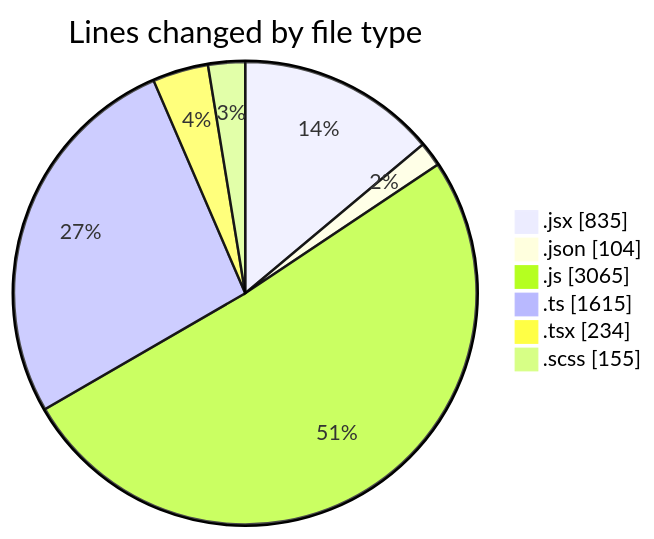
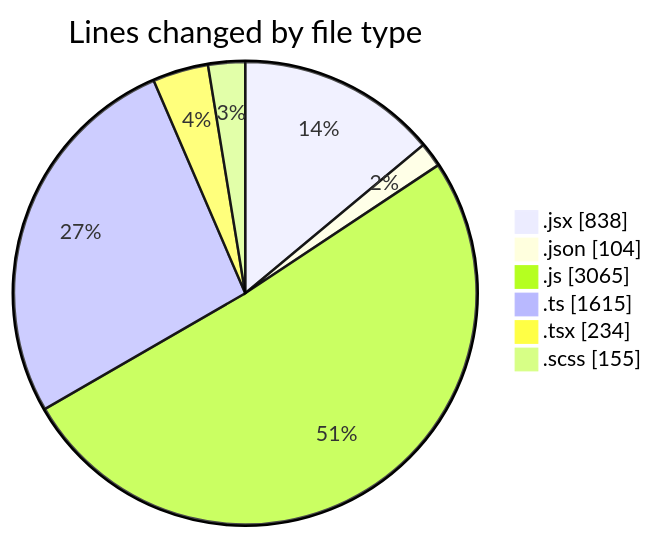
One commit to momahboobian/code-tracking changed the first of 2 diagrams in 2025-05-19/cda/README.md. Above: the diagram before and after it, drawn with Mermaid. The commit also changed other lines of this file and 1 other file, not shown here.

````diff
--- a/2025-05-19/cda/README.md
+++ b/2025-05-19/cda/README.md
@@ -33,10 +33,10 @@
 ```mermaid
 pie showData
 title Lines changed by file type
-".jsx" : 835
+".jsx" : 838
 ".json" : 104
 ".js" : 3065
 ".ts" : 1615
 ".tsx" : 234
 ".scss" : 155
 ```
````
